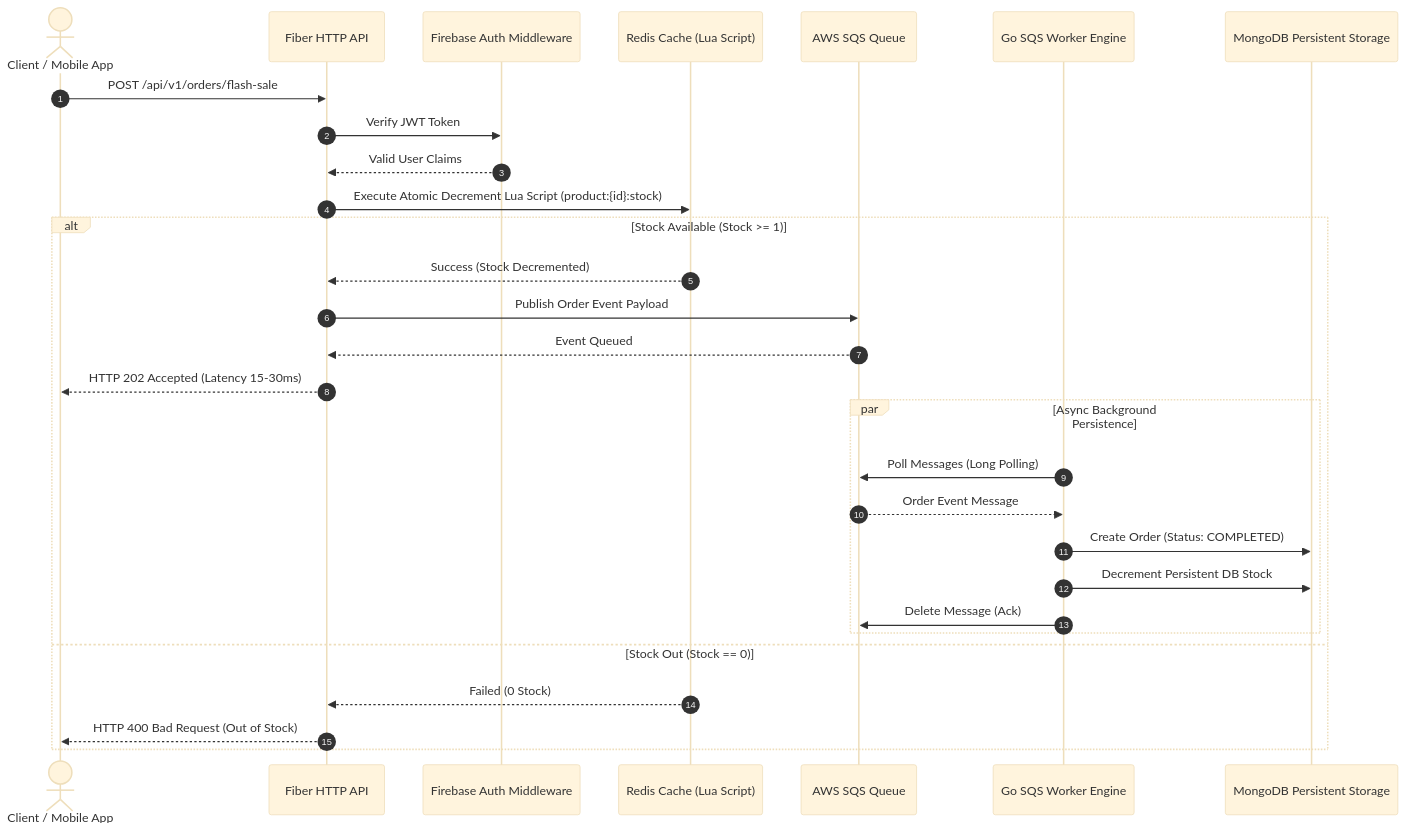
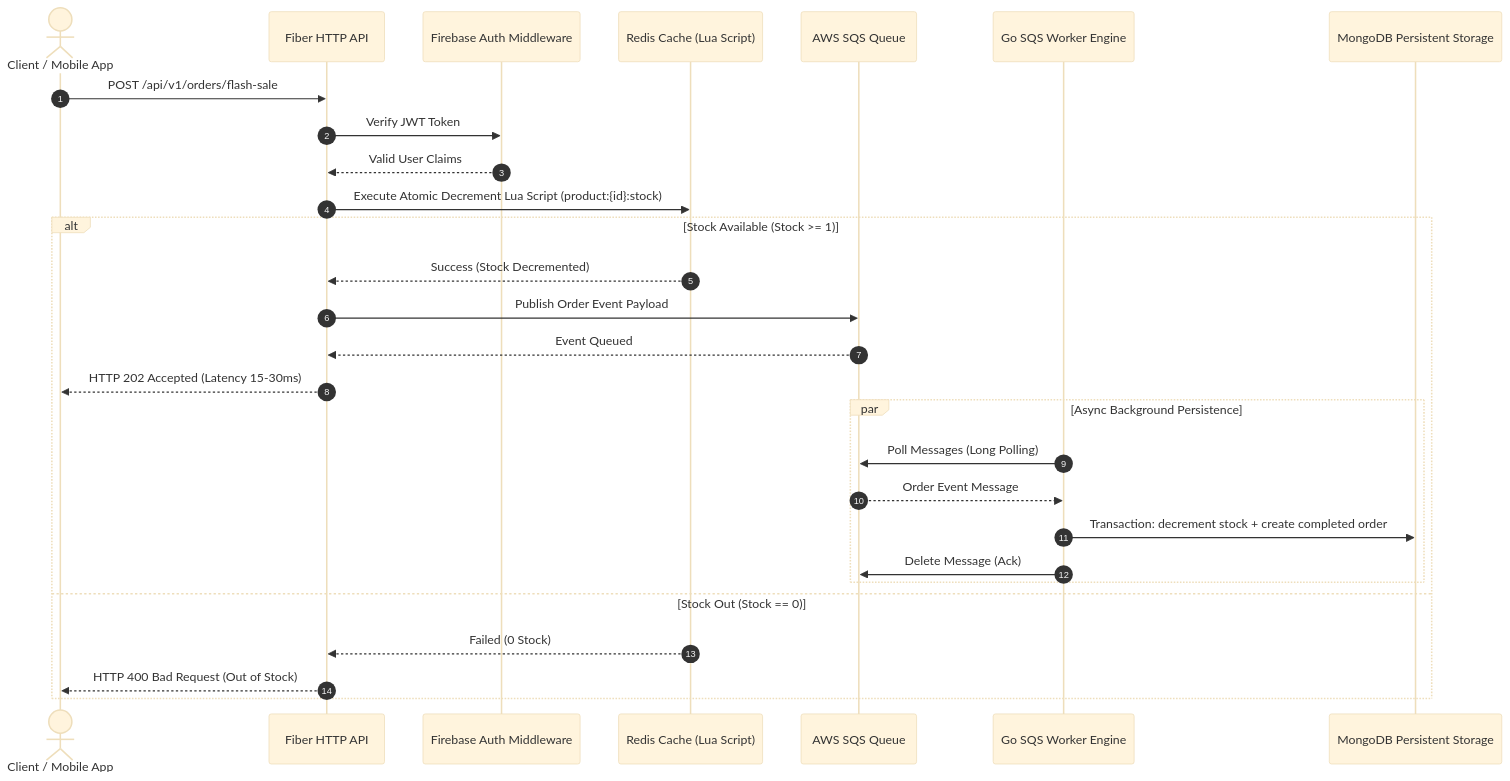
Before and after one commit to phongsakon43201-cmd/flash-engine-sale-2: the diagram in README.md, drawn with Mermaid (base theme). The commit also changed other lines of this file and 39 other files, not shown here.

````diff
--- a/README.md
+++ b/README.md
@@ -13,34 +13,33 @@
 ```mermaid
 sequenceDiagram
     autonumber
     actor Client as Client / Mobile App
     participant API as Fiber HTTP API
     participant Auth as Firebase Auth Middleware
     participant Redis as Redis Cache (Lua Script)
     participant SQS as AWS SQS Queue
     participant Worker as Go SQS Worker Engine
     participant Mongo as MongoDB Persistent Storage
 
     Client->>API: POST /api/v1/orders/flash-sale
     API->>Auth: Verify JWT Token
     Auth-->>API: Valid User Claims
     API->>Redis: Execute Atomic Decrement Lua Script (product:{id}:stock)
-    
+
     alt Stock Available (Stock >= 1)
         Redis-->>API: Success (Stock Decremented)
         API->>SQS: Publish Order Event Payload
         SQS-->>API: Event Queued
         API-->>Client: HTTP 202 Accepted (Latency 15-30ms)
-        
+
         par Async Background Persistence
             Worker->>SQS: Poll Messages (Long Polling)
             SQS-->>Worker: Order Event Message
-            Worker->>Mongo: Create Order (Status: COMPLETED)
-            Worker->>Mongo: Decrement Persistent DB Stock
+            Worker->>Mongo: Transaction: decrement stock + create completed order
             Worker->>SQS: Delete Message (Ack)
         end
     else Stock Out (Stock == 0)
         Redis-->>API: Failed (0 Stock)
         API-->>Client: HTTP 400 Bad Request (Out of Stock)
     end
 ```
````
